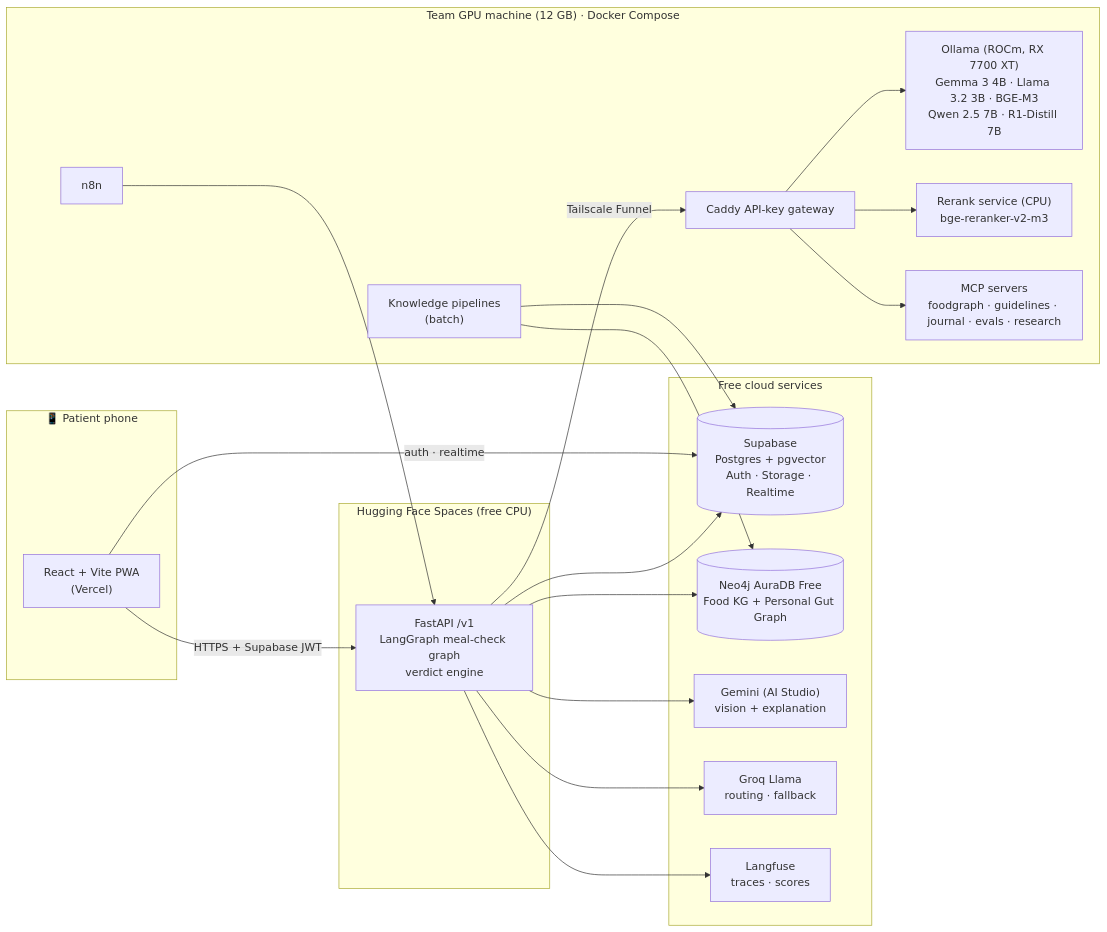
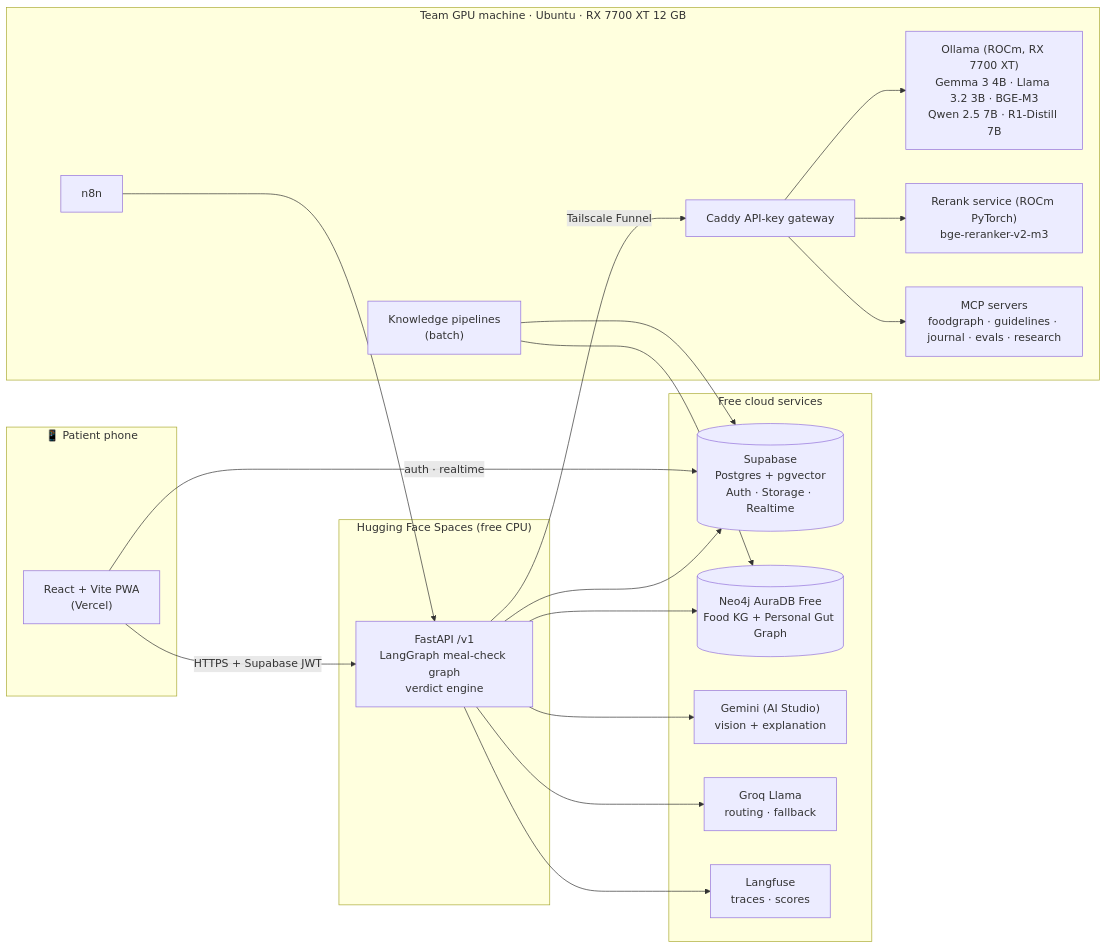
Before and after one commit to RyanAhmed911/HappyGut: the first of 2 diagrams in docs/02-architecture.md, drawn with Mermaid. The commit also changed other lines of this file and 7 other files, not shown here.

First line of the commit message:
Use the GPU machine's native ROCm stack (Ollama, PyTorch); gateway via host network

````diff
--- a/docs/02-architecture.md
+++ b/docs/02-architecture.md
@@ -7,38 +7,38 @@
 ```mermaid
 flowchart LR
     subgraph Phone["📱 Patient phone"]
         PWA["React + Vite PWA<br/>(Vercel)"]
     end
     subgraph HF["Hugging Face Spaces (free CPU)"]
         API["FastAPI /v1<br/>LangGraph meal-check graph<br/>verdict engine"]
     end
     subgraph Cloud["Free cloud services"]
         SB[("Supabase<br/>Postgres + pgvector<br/>Auth · Storage · Realtime")]
         NEO[("Neo4j AuraDB Free<br/>Food KG + Personal Gut Graph")]
         GEM["Gemini (AI Studio)<br/>vision + explanation"]
         GROQ["Groq Llama<br/>routing · fallback"]
         LF["Langfuse<br/>traces · scores"]
     end
-    subgraph GPU["Team GPU machine (12 GB) · Docker Compose"]
+    subgraph GPU["Team GPU machine · Ubuntu · RX 7700 XT 12 GB"]
         GW["Caddy API-key gateway"]
         OLL["Ollama (ROCm, RX 7700 XT)<br/>Gemma 3 4B · Llama 3.2 3B · BGE-M3<br/>Qwen 2.5 7B · R1-Distill 7B"]
-        EMB["Rerank service (CPU)<br/>bge-reranker-v2-m3"]
+        EMB["Rerank service (ROCm PyTorch)<br/>bge-reranker-v2-m3"]
         MCP["MCP servers<br/>foodgraph · guidelines · journal · evals · research"]
         N8N["n8n"]
         PIPE["Knowledge pipelines<br/>(batch)"]
     end
     PWA -- HTTPS + Supabase JWT --> API
     PWA -- auth · realtime --> SB
     API --> SB
     API --> NEO
     API --> GEM
     API --> GROQ
     API -- "Tailscale Funnel" --> GW
     GW --> OLL
     GW --> EMB
     GW --> MCP
     API --> LF
     N8N --> API
     PIPE --> SB
     PIPE --> NEO
 ```
````
